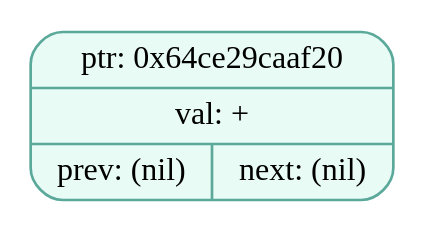
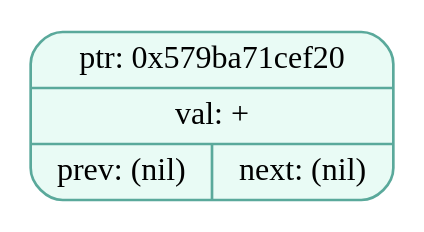
The diagram in dumps/tree_dump_000.dot (EvilTomato9890/Difference), drawn with Graphviz before and after one commit. The commit also changed 30 other files, not shown here.

```diff
--- a/dumps/tree_dump_000.dot
+++ b/dumps/tree_dump_000.dot
@@ -1,5 +1,5 @@
 digraph T{
   node [fontname="Fira Mono",shape=record,style="filled,rounded",fontsize=12];
   graph [splines=true, nodesep=0.6, ranksep=0.6];
-  node_0x64ce29caaf20[shape=record,label="{ {ptr: 0x64ce29caaf20} | {val: +} | { prev: (nil) | next: (nil) } }",color="#5aa99b",fillcolor="#e9fbf5"];
+  node_0x579ba71cef20[shape=record,label="{ {ptr: 0x579ba71cef20} | {val: +} | { prev: (nil) | next: (nil) } }",color="#5aa99b",fillcolor="#e9fbf5"];
 }
```
